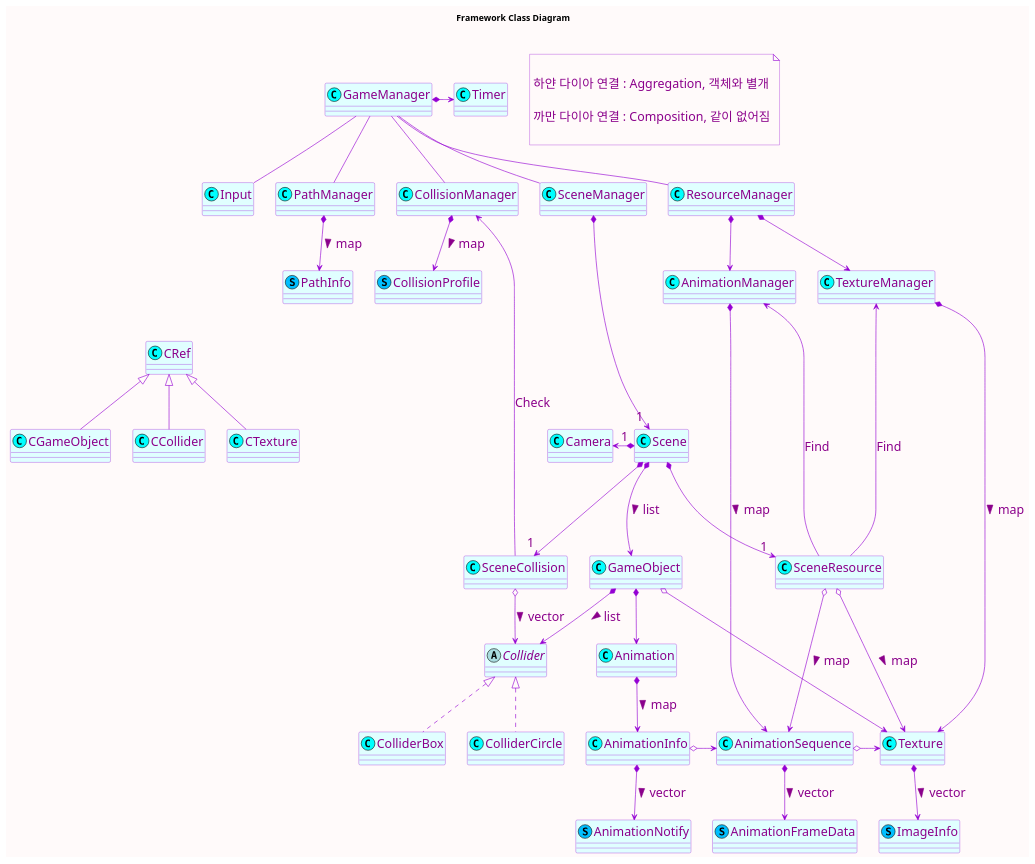
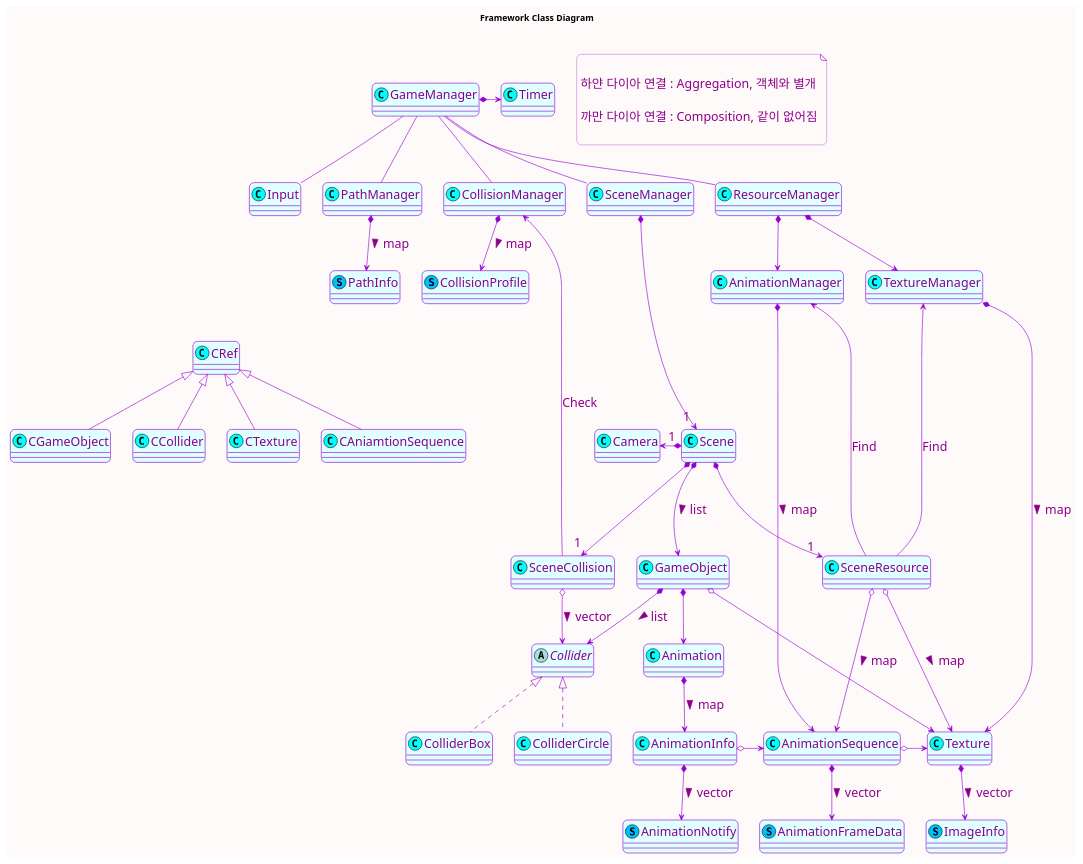
One commit to leekkang/StudyEngineering changed the diagram in docs/diagram/object_diagram.wsd. Above: the diagram before and after it, drawn with PlantUML. The commit also changed 1 other file, not shown here.

Commit message:
fix class diagram

```diff
--- a/docs/diagram/object_diagram.wsd
+++ b/docs/diagram/object_diagram.wsd
@@ -1,132 +1,136 @@
 @startuml API Framework
 title Framework Class Diagram
 
 <style>
 classDiagram {
   BackgroundColor Snow
   FontColor DarkMagenta
   FontName arial
   FontSize 20
   LineColor DarkViolet
   
   class {
     BackgroundColor LightCyan
   }
 }
 </style>
+skinparam roundCorner 15
 skinparam Shadowing false
+skinparam ClassBorderThickness 1
 skinparam CircledCharacterFontColor DarkViolet
 'skinparam CircledCharacterFontSize 15'
 'skinparam CircledCharacterRadius 10'
 
 note as A
 
   하얀 다이아 연결 : Aggregation, 객체와 별개
 
   까만 다이아 연결 : Composition, 같이 없어짐
 
 end note
 
 class GameManager <<(C, Aqua)>>
 class Timer <<(C, Aqua)>>
 
 class Input <<(C, Aqua)>>
 class PathManager <<(C, Aqua)>>
 class PathInfo <<(S, DeepSkyBlue)>>
 
 class CollisionManager <<(C, Aqua)>>
 class CollisionProfile <<(S, DeepSkyBlue)>>
 
 class SceneManager <<(C, Aqua)>>
 class Scene <<(C, Aqua)>>
 class GameObject <<(C, Aqua)>>
 class Camera <<(C, Aqua)>>
 class SceneCollision <<(C, Aqua)>>
 class SceneResource <<(C, Aqua)>>
 
 class ResourceManager <<(C, Aqua)>>
 class TextureManager <<(C, Aqua)>>
 class Texture <<(C, Aqua)>>
 class ImageInfo <<(S, DeepSkyBlue)>>
 
 class AnimationManager <<(C, Aqua)>>
 class AnimationSequence <<(C, Aqua)>>
 class Animation <<(C, Aqua)>>
 class AnimationInfo <<(C, Aqua)>>
 class AnimationNotify <<(S, DeepSkyBlue)>>
 class AnimationFrameData <<(S, DeepSkyBlue)>>
 
 
 abstract class Collider
 class ColliderBox <<(C, Aqua)>>
 class ColliderCircle <<(C, Aqua)>>
 
 
 class CRef <<(C, Aqua)>>
 class CGameObject <<(C, Aqua)>>
 class CCollider <<(C, Aqua)>>
 class CTexture <<(C, Aqua)>>
+class CAniamtionSequence <<(C, Aqua)>>
 
 GameManager -left- hidden
 hidden ---- CRef
 CRef <|-- CGameObject
 CRef <|--  CCollider
 CRef <|--  CTexture
+CRef <|--  CAniamtionSequence
 
 GameManager -left- hidden2
 hidden2 -- Input
 hidden2 -- PathManager
 
 GameManager *-right-> Timer
 GameManager -- Input
 GameManager -- PathManager
 PathManager *--> PathInfo : map >
 
 GameManager -- ResourceManager
 ResourceManager *--> TextureManager
 ResourceManager *--> AnimationManager
 TextureManager *----> Texture : map >
 AnimationManager *----> AnimationSequence : map >
 
 TextureManager -- hidden3
 AnimationManager -- hidden3
 hidden3 -- Scene
 
 GameManager -- CollisionManager
 CollisionManager *--> CollisionProfile : map >
 
 
 GameManager -- SceneManager
 SceneManager *----> " 1 " Scene
 Scene *-left-> " 1 " Camera
 Scene *---> " 1 " SceneResource
 Scene *---> " 1 " SceneCollision
 Scene *--->  GameObject : list >
 SceneCollision o-->  Collider : vector >
 
 SceneResource o---> Texture : map >
 Texture *--> ImageInfo : vector >
 SceneResource o---> AnimationSequence : map >
 SceneResource -up---> TextureManager : Find
 SceneResource -up---> AnimationManager : Find
 
 
 GameObject *-->  Collider : list >
 Collider <|..  ColliderBox
 Collider <|..  ColliderCircle
 SceneCollision -up-> CollisionManager : Check
 
 GameObject o--> Texture
 GameObject *--> Animation
 Animation *--> AnimationInfo : map >
 AnimationInfo *--> AnimationNotify : vector >
 AnimationInfo o-right-> AnimationSequence
 AnimationSequence o-> Texture
 AnimationSequence *--> AnimationFrameData : vector >
 
 hide hidden
 hide hidden2
 hide hidden3
 
 'stop'
 @enduml
```
